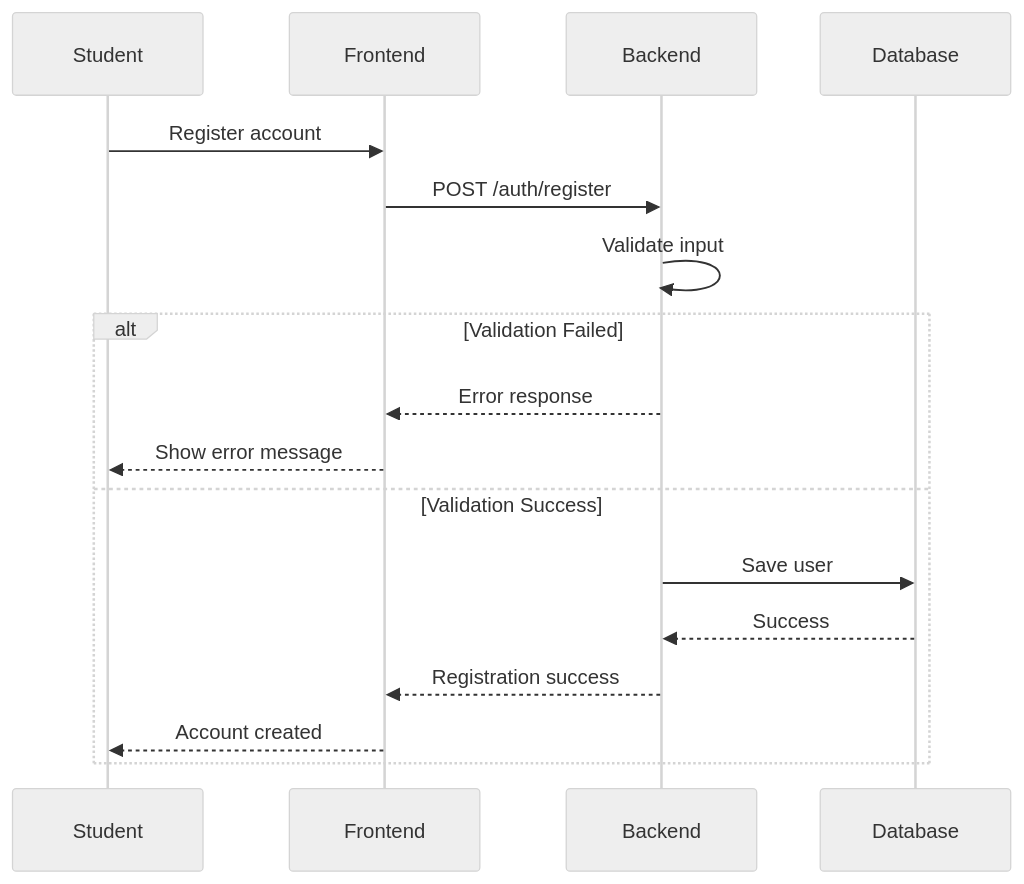
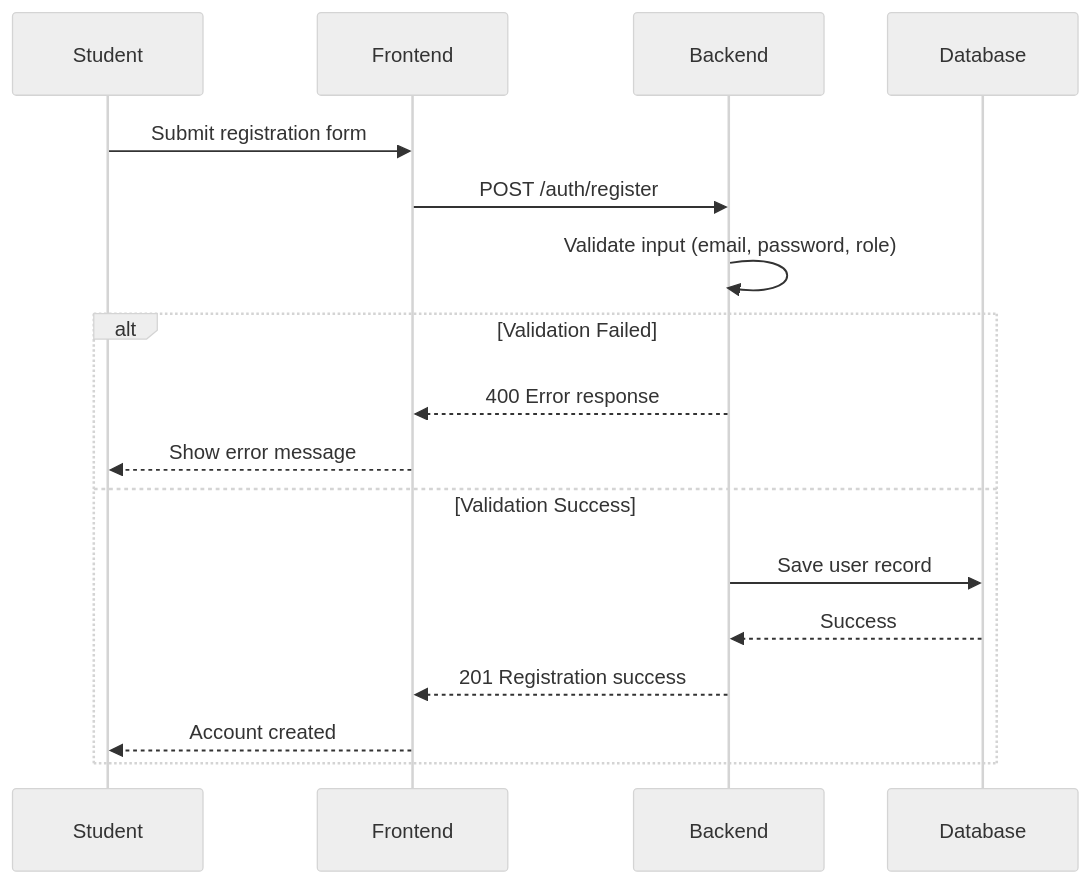
Before and after one commit to Fahim-004/Team_04_JavaFS: the first of 9 diagrams in instructions/Documentation/Sequence_diagrams.md, drawn with Mermaid (neutral theme). The commit also changed other lines of this file, not shown here.

First line of the commit message:
Revise sequence diagrams for clarity and updates

````diff
--- a/instructions/Documentation/Sequence_diagrams.md
+++ b/instructions/Documentation/Sequence_diagrams.md
@@ -11,23 +11,22 @@
 ```mermaid
 sequenceDiagram
-
     participant Student
     participant Frontend
     participant Backend
     participant Database
 
-    Student->>Frontend: Register account
+    Student->>Frontend: Submit registration form
     Frontend->>Backend: POST /auth/register
 
-    Backend->>Backend: Validate input
+    Backend->>Backend: Validate input (email, password, role)
 
     alt Validation Failed
-        Backend-->>Frontend: Error response
+        Backend-->>Frontend: 400 Error response
         Frontend-->>Student: Show error message
     else Validation Success
-        Backend->>Database: Save user
+        Backend->>Database: Save user record
         Database-->>Backend: Success
-        Backend-->>Frontend: Registration success
+        Backend-->>Frontend: 201 Registration success
         Frontend-->>Student: Account created
     end
 ```
````
